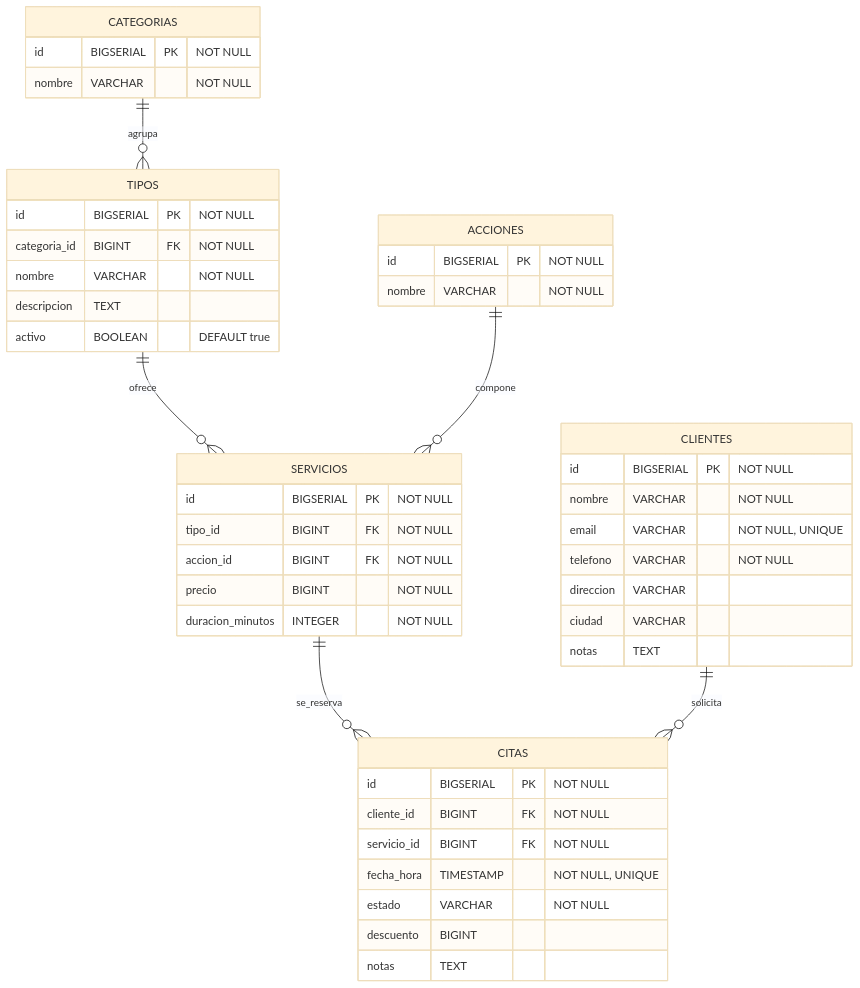
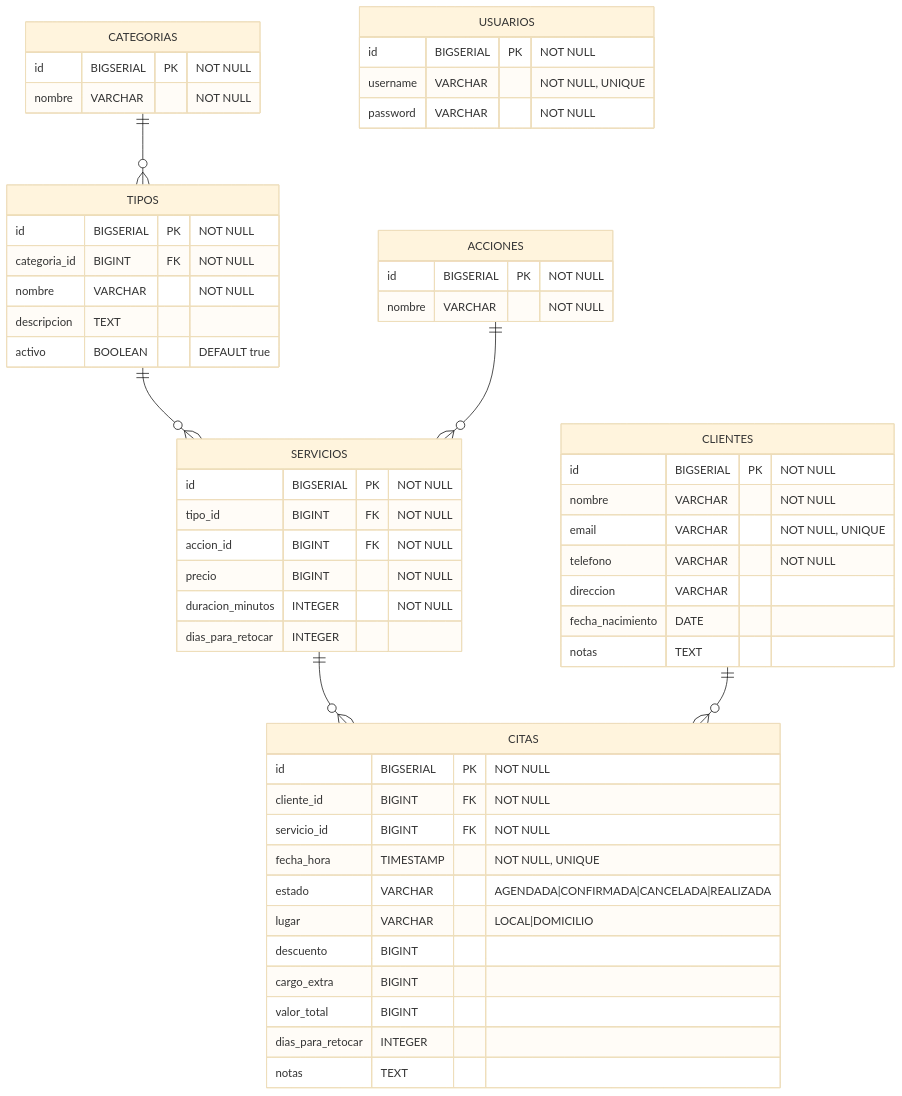
The diagram in README.md (isidoraperalta/back-smart-beauty-manager), drawn with Mermaid (base theme) before and after one commit. The commit also changed other lines of this file and 34 other files, not shown here.

````diff
--- a/README.md
+++ b/README.md
@@ -183,54 +207,65 @@
 ```mermaid
 erDiagram
-    CATEGORIAS ||--o{ TIPOS : agrupa
-    TIPOS ||--o{ SERVICIOS : ofrece
-    ACCIONES ||--o{ SERVICIOS : compone
-    SERVICIOS ||--o{ CITAS : se_reserva
-    CLIENTES ||--o{ CITAS : solicita
+    CATEGORIAS ||--o{ TIPOS : ""
+    TIPOS ||--o{ SERVICIOS : ""
+    ACCIONES ||--o{ SERVICIOS : ""
+    SERVICIOS ||--o{ CITAS : ""
+    CLIENTES ||--o{ CITAS : ""
+
+    USUARIOS {
+        id BIGSERIAL PK "NOT NULL"
+        username VARCHAR "NOT NULL, UNIQUE"
+        password VARCHAR "NOT NULL"
+    }
 
     CATEGORIAS {
         id BIGSERIAL PK "NOT NULL"
         nombre VARCHAR "NOT NULL"
     }
     
     TIPOS {
         id BIGSERIAL PK "NOT NULL"
         categoria_id BIGINT FK "NOT NULL"
         nombre VARCHAR "NOT NULL"
         descripcion TEXT
         activo BOOLEAN "DEFAULT true"
     }
     
     ACCIONES {
         id BIGSERIAL PK "NOT NULL"
         nombre VARCHAR "NOT NULL"
     }
     
     SERVICIOS {
         id BIGSERIAL PK "NOT NULL"
         tipo_id BIGINT FK "NOT NULL"
         accion_id BIGINT FK "NOT NULL"
         precio BIGINT "NOT NULL"
         duracion_minutos INTEGER "NOT NULL"
+        dias_para_retocar INTEGER
     }
     
     CLIENTES {
         id BIGSERIAL PK "NOT NULL"
         nombre VARCHAR "NOT NULL"
         email VARCHAR "NOT NULL, UNIQUE"
         telefono VARCHAR "NOT NULL"
         direccion VARCHAR
-        ciudad VARCHAR
+        fecha_nacimiento DATE
         notas TEXT
     }
     
     CITAS {
         id BIGSERIAL PK "NOT NULL"
         cliente_id BIGINT FK "NOT NULL"
         servicio_id BIGINT FK "NOT NULL"
         fecha_hora TIMESTAMP "NOT NULL, UNIQUE"
-        estado VARCHAR "NOT NULL"
+        estado VARCHAR "AGENDADA|CONFIRMADA|CANCELADA|REALIZADA"
+        lugar VARCHAR "LOCAL|DOMICILIO"
         descuento BIGINT
+        cargo_extra BIGINT
+        valor_total BIGINT
+        dias_para_retocar INTEGER
         notas TEXT
     }
 ```
````
